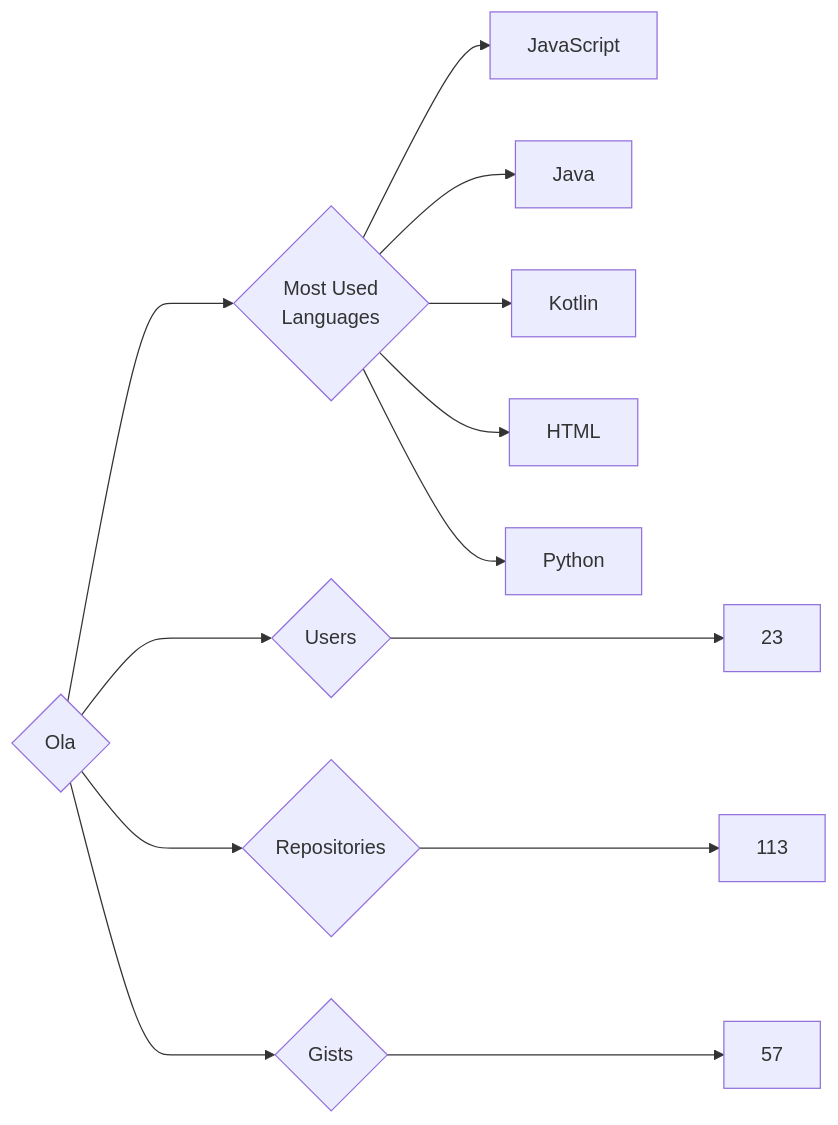
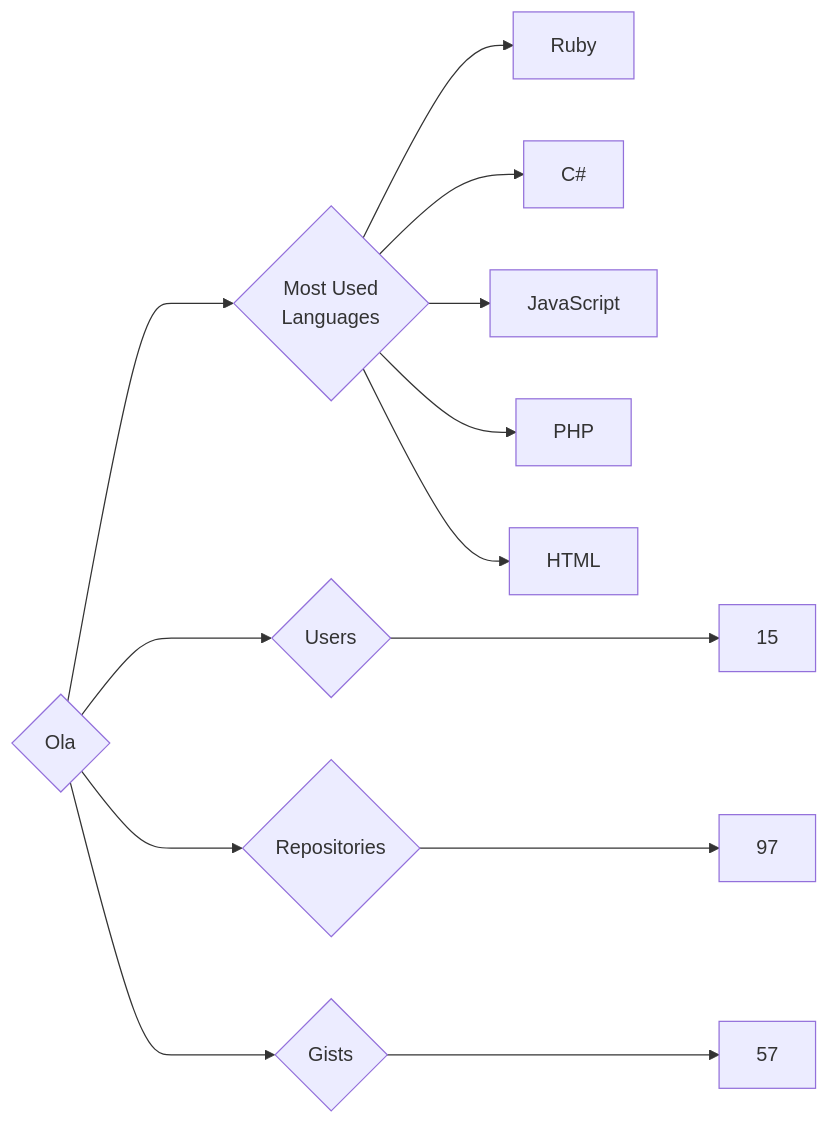
The diagram in targets/Ola/README.md (trickest/insiders), drawn with Mermaid before and after one commit. The commit also changed 715 other files, not shown here.

````diff
--- a/targets/Ola/README.md
+++ b/targets/Ola/README.md
@@ -3,13 +3,13 @@
 ```mermaid
 graph LR
 COMPANY_NAME{Ola}
-COMPANY_NAME ---> U{Users} ---> UN[23]
-COMPANY_NAME ---> R{Repositories} ---> RN[113]
+COMPANY_NAME ---> U{Users} ---> UN[15]
+COMPANY_NAME ---> R{Repositories} ---> RN[97]
 COMPANY_NAME ---> G{Gists} ---> GN[57]
 COMPANY_NAME ---> ML{Most Used<br>Languages}
+ML --> Ruby[Ruby]
+ML --> C#[C#]
 ML --> JavaScript[JavaScript]
-ML --> Java[Java]
-ML --> Kotlin[Kotlin]
+ML --> PHP[PHP]
 ML --> HTML[HTML]
-ML --> Python[Python]
 ```
````
